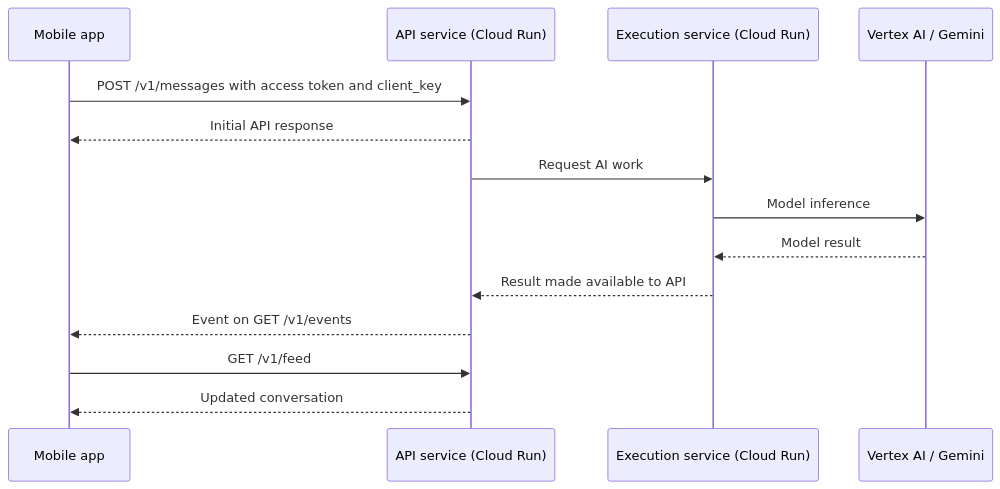
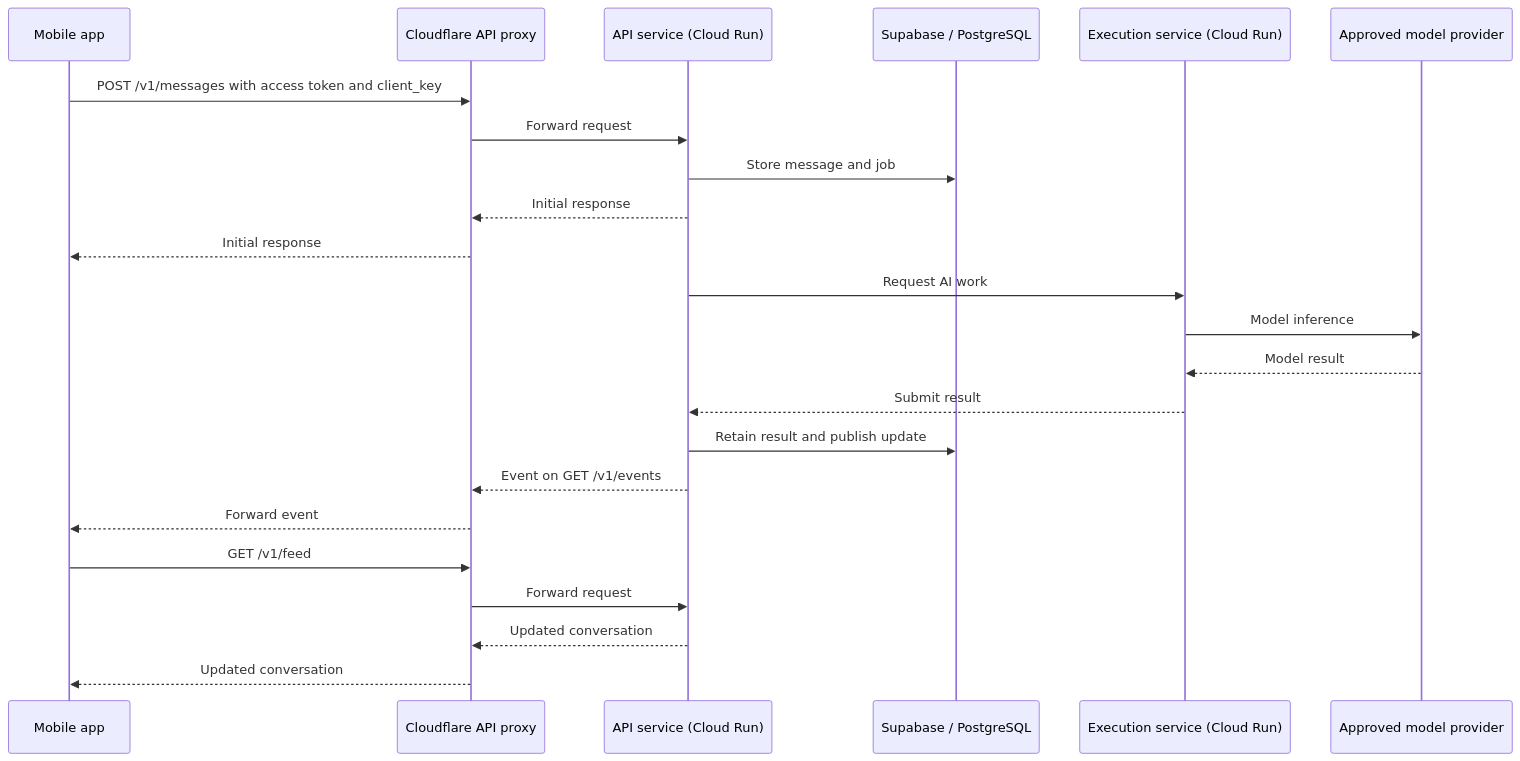
Before and after one commit to FhikarZul/petak-builder-cup-2026: the second of 3 diagrams in docs/architecture.md, drawn with Mermaid. The commit also changed other lines of this file and 6 other files, not shown here.

Commit message:
Add Builder Cup architecture slide and align docs

````diff
--- a/docs/architecture.md
+++ b/docs/architecture.md
@@ -42,16 +52,25 @@
 ```mermaid
 sequenceDiagram
   participant Mobile as Mobile app
+  participant Proxy as Cloudflare API proxy
   participant API as API service (Cloud Run)
+  participant DB as Supabase / PostgreSQL
   participant Execution as Execution service (Cloud Run)
-  participant Vertex as Vertex AI / Gemini
-  Mobile->>API: POST /v1/messages with access token and client_key
-  API-->>Mobile: Initial API response
+  participant Model as Approved model provider
+  Mobile->>Proxy: POST /v1/messages with access token and client_key
+  Proxy->>API: Forward request
+  API->>DB: Store message and job
+  API-->>Proxy: Initial response
+  Proxy-->>Mobile: Initial response
   API->>Execution: Request AI work
-  Execution->>Vertex: Model inference
-  Vertex-->>Execution: Model result
-  Execution-->>API: Result made available to API
-  API-->>Mobile: Event on GET /v1/events
-  Mobile->>API: GET /v1/feed
-  API-->>Mobile: Updated conversation
+  Execution->>Model: Model inference
+  Model-->>Execution: Model result
+  Execution-->>API: Submit result
+  API->>DB: Retain result and publish update
+  API-->>Proxy: Event on GET /v1/events
+  Proxy-->>Mobile: Forward event
+  Mobile->>Proxy: GET /v1/feed
+  Proxy->>API: Forward request
+  API-->>Proxy: Updated conversation
+  Proxy-->>Mobile: Updated conversation
 ```
````
